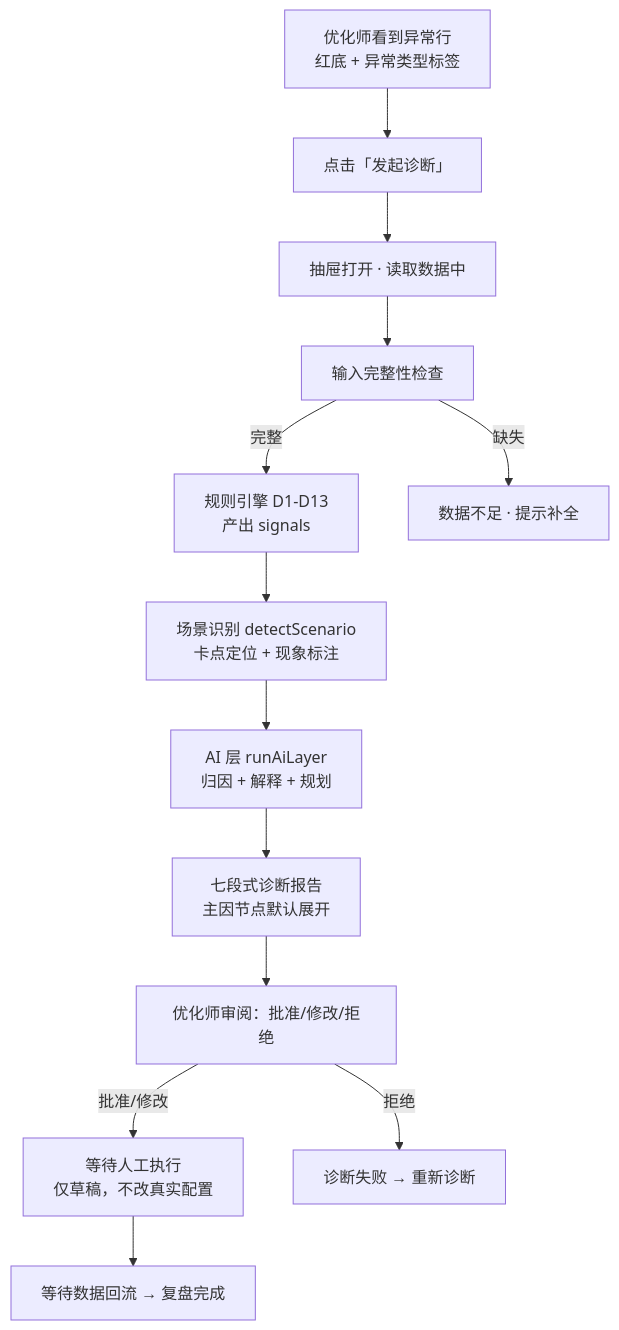
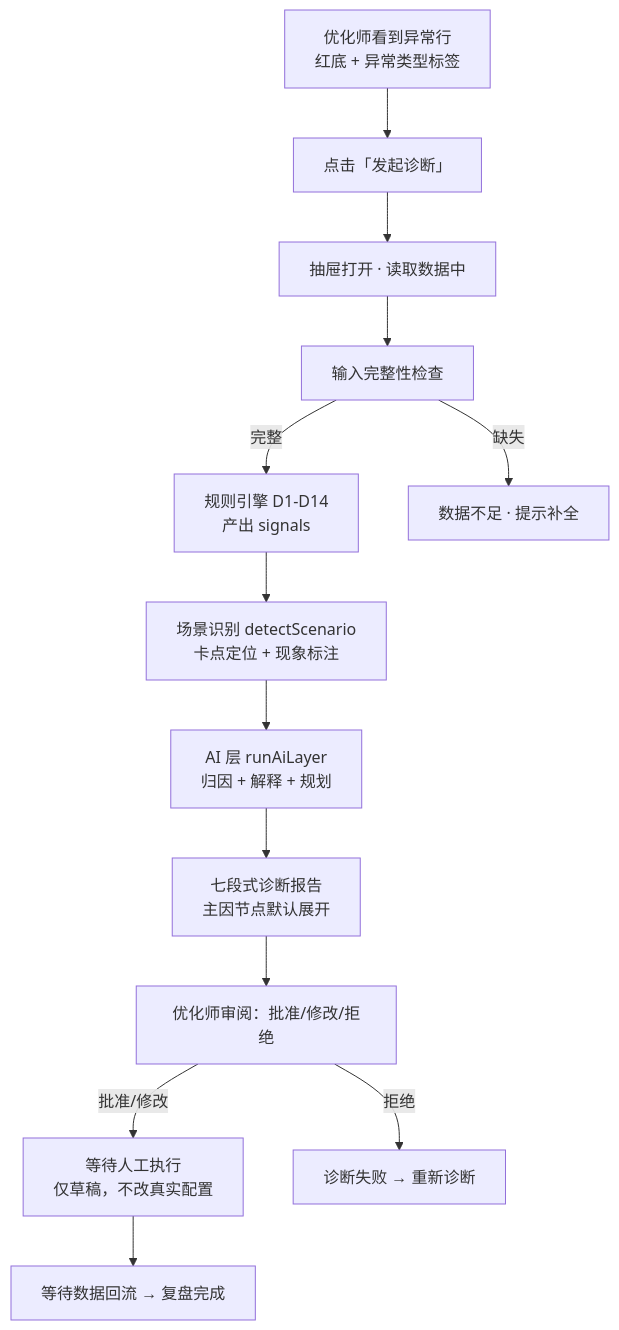
Before and after one commit to crpisynoodleeeee/rta-diagnosis-agent: the third of 5 diagrams in PRD v0.2.1.md, drawn with Mermaid. The commit also changed other lines of this file and 9 other files, not shown here.

````diff
--- a/PRD v0.2.1.md
+++ b/PRD v0.2.1.md
@@ -266,15 +266,15 @@
 ```mermaid
 flowchart TD
     A[优化师看到异常行<br/>红底 + 异常类型标签] --> B[点击「发起诊断」]
     B --> C[抽屉打开 · 读取数据中]
     C --> D[输入完整性检查]
-    D -->|完整| E[规则引擎 D1-D13<br/>产出 signals]
+    D -->|完整| E[规则引擎 D1-D14<br/>产出 signals]
     D -->|缺失| F[数据不足 · 提示补全]
     E --> G[场景识别 detectScenario<br/>卡点定位 + 现象标注]
     G --> H[AI 层 runAiLayer<br/>归因 + 解释 + 规划]
     H --> I[七段式诊断报告<br/>主因节点默认展开]
     I --> J[优化师审阅：批准/修改/拒绝]
     J -->|批准/修改| K[等待人工执行<br/>仅草稿，不改真实配置]
     K --> L[等待数据回流 → 复盘完成]
     J -->|拒绝| M[诊断失败 → 重新诊断]
 ```
````
